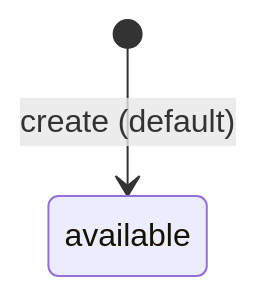
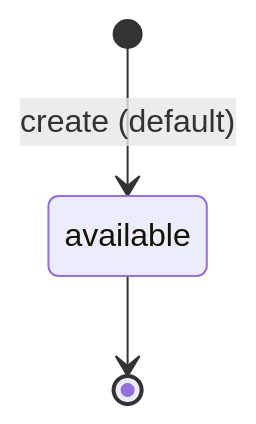
One commit to klong-dev/IntelliServOps changed the second of 21 diagrams in documents/state-machine-catalog.md. Above: the diagram before and after it, drawn with Mermaid. The commit also changed other lines of this file and 8 other files, not shown here.

````diff
--- a/documents/state-machine-catalog.md
+++ b/documents/state-machine-catalog.md
@@ -106,4 +107,5 @@
 ```mermaid
 stateDiagram-v2
     [*] --> available: create (default)
+    available --> [*]
 ```
````
